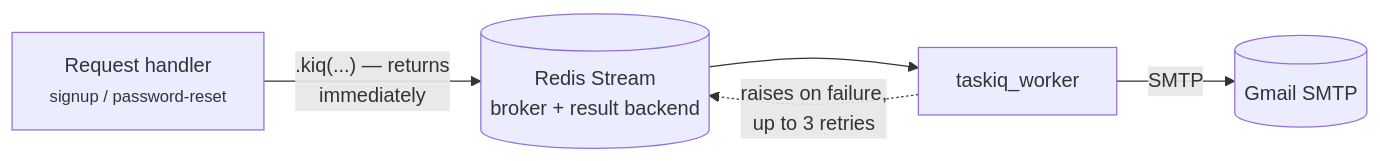
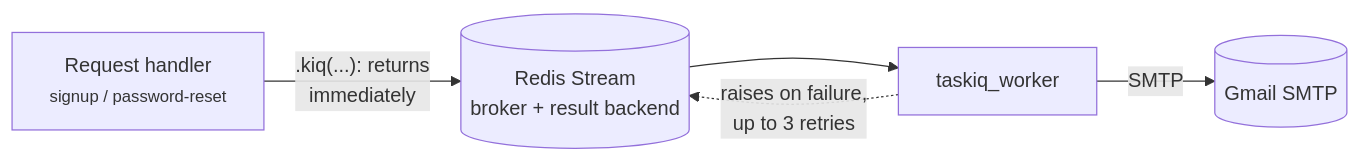
Before and after one commit to Nachiket-2024/mystic-auth: the diagram in docs/mystic_auth/background-workers/taskiq.md, drawn with Mermaid. The commit also changed other lines of this file and 310 other files, not shown here.

````diff
--- a/docs/mystic_auth/background-workers/taskiq.md
+++ b/docs/mystic_auth/background-workers/taskiq.md
@@ -23,7 +23,7 @@
 ```mermaid
 flowchart LR
-    Req["Request handler<br/><small>signup / password-reset</small>"] -- ".kiq(...) — returns<br/>immediately" --> Stream[("Redis Stream<br/>broker + result backend")]
+    Req["Request handler<br/><small>signup / password-reset</small>"] -- ".kiq(...): returns<br/>immediately" --> Stream[("Redis Stream<br/>broker + result backend")]
     Stream --> Worker["taskiq_worker"]
     Worker -->|SMTP| Gmail[("Gmail SMTP")]
     Worker -.->|"raises on failure,<br/>up to 3 retries"| Stream
 ```
````
